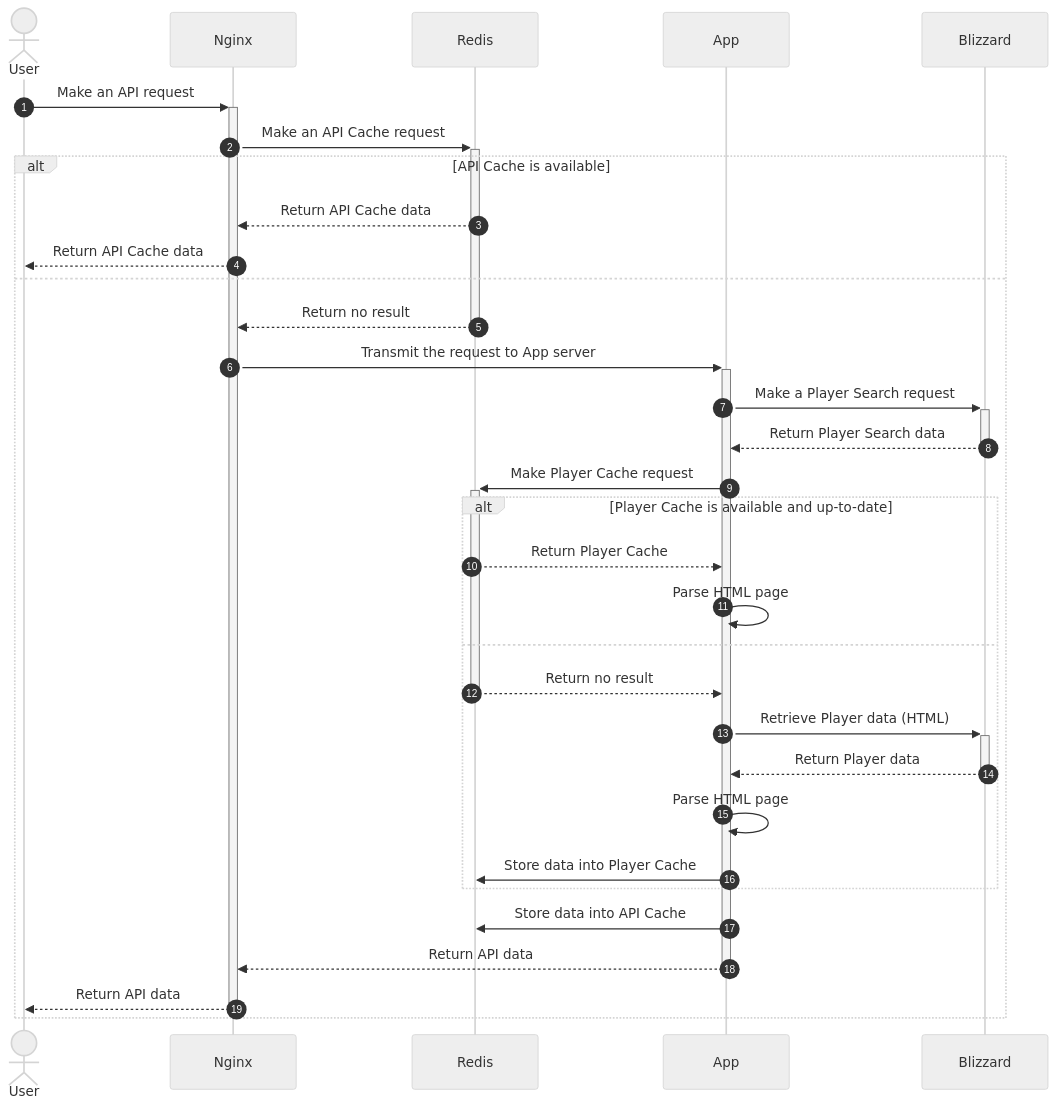
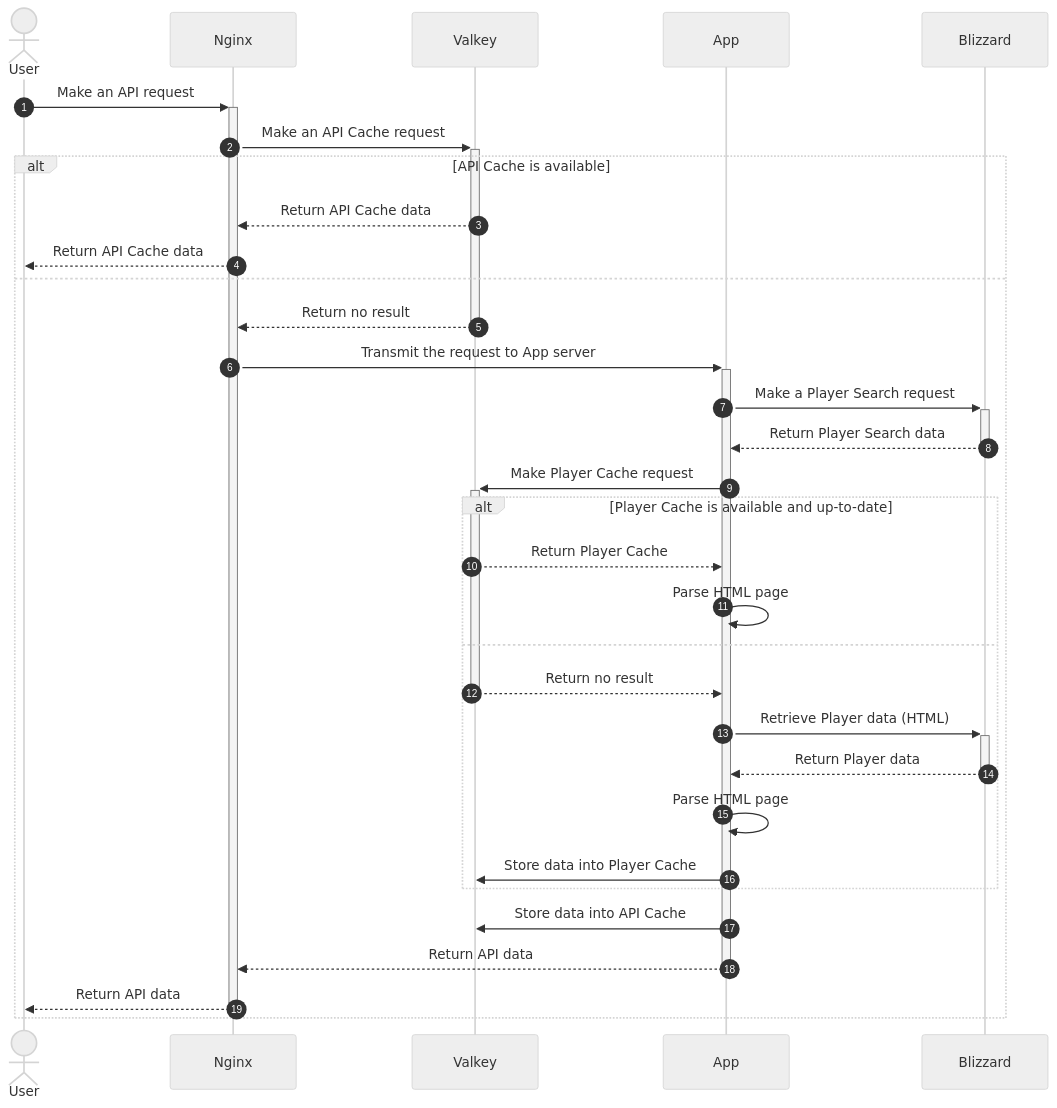
The second of 2 diagrams in README.md (TeKrop/overfast-api), drawn with Mermaid (neutral theme) before and after one commit. The commit also changed other lines of this file and 26 other files, not shown here.

Commit message:
feat: migrated from Redis to Valkey

````diff
--- a/README.md
+++ b/README.md
@@ -160,35 +160,35 @@
 ```mermaid
 sequenceDiagram
     autonumber
     actor User
     participant Nginx
-    participant Redis
+    participant Valkey
     participant App
     participant Blizzard
     User->>+Nginx: Make an API request
-    Nginx->>+Redis: Make an API Cache request
+    Nginx->>+Valkey: Make an API Cache request
     alt API Cache is available
-        Redis-->>Nginx: Return API Cache data
+        Valkey-->>Nginx: Return API Cache data
         Nginx-->>User: Return API Cache data
     else
-        Redis-->>-Nginx: Return no result
+        Valkey-->>-Nginx: Return no result
         Nginx->>+App: Transmit the request to App server
         App->>+Blizzard: Make a Player Search request
         Blizzard-->>-App: Return Player Search data
-        App->>+Redis: Make Player Cache request
+        App->>+Valkey: Make Player Cache request
         alt Player Cache is available and up-to-date
-            Redis-->>App: Return Player Cache
+            Valkey-->>App: Return Player Cache
             App->>App: Parse HTML page
         else
-            Redis-->>-App: Return no result
+            Valkey-->>-App: Return no result
             App->>+Blizzard: Retrieve Player data (HTML)
             Blizzard-->>-App: Return Player data
             App->>App: Parse HTML page
-            App->>Redis: Store data into Player Cache
+            App->>Valkey: Store data into Player Cache
         end
-        App->>Redis: Store data into API Cache
+        App->>Valkey: Store data into API Cache
         App-->>-Nginx: Return API data
         Nginx-->>-User: Return API data
     end
 
 ```
````
